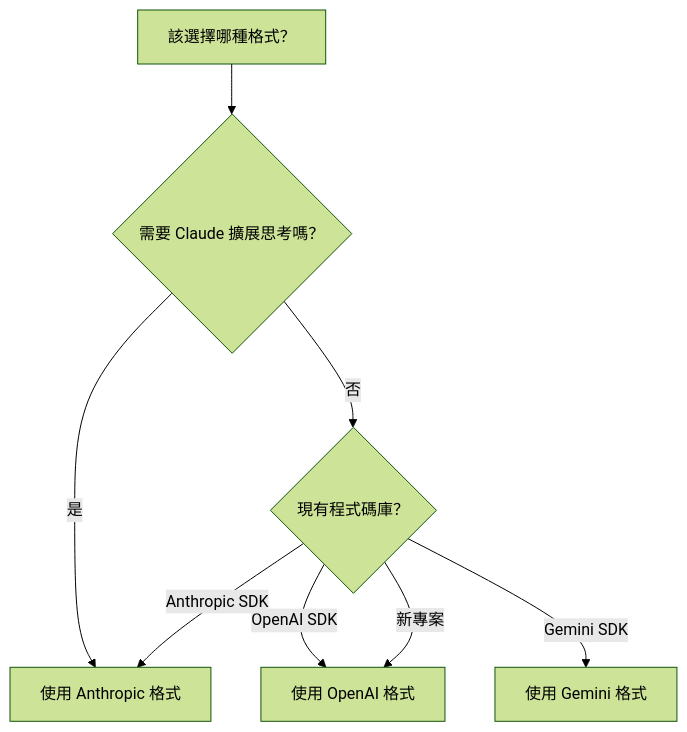
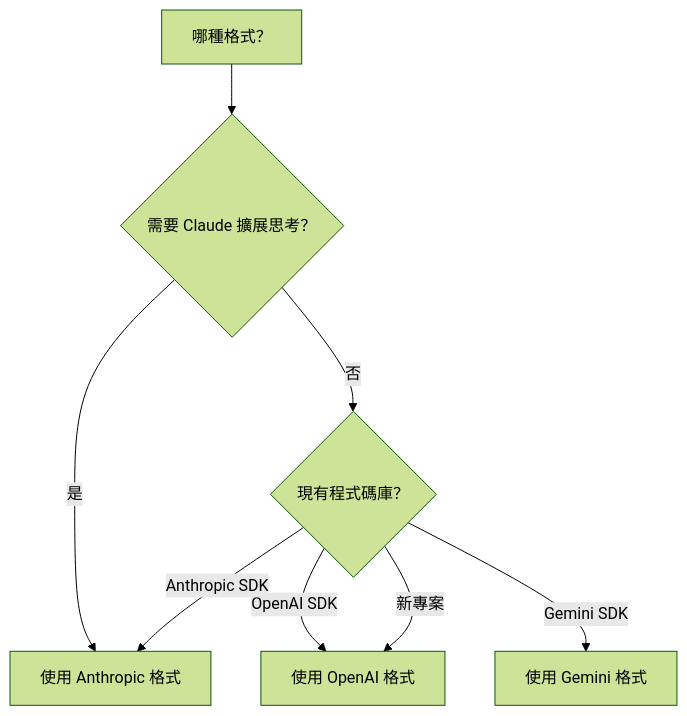
The diagram in zh-Hant/guides/api-formats.mdx (hedging8563/lemondata-docs), drawn with Mermaid (forest theme) before and after one commit. The commit also changed other lines of this file and 514 other files, not shown here.

````diff
--- a/zh-Hant/guides/api-formats.mdx
+++ b/zh-Hant/guides/api-formats.mdx
@@ -159,10 +159,10 @@
 ```mermaid
 graph TD
-    A[該選擇哪種格式？] --> B{需要 Claude 擴展思考嗎？}
+    A[哪種格式？] --> B{需要 Claude 擴展思考？}
     B -->|是| C[使用 Anthropic 格式]
     B -->|否| D{現有程式碼庫？}
     D -->|OpenAI SDK| E[使用 OpenAI 格式]
     D -->|Anthropic SDK| C
     D -->|Gemini SDK| F[使用 Gemini 格式]
     D -->|新專案| E
 ```
````
